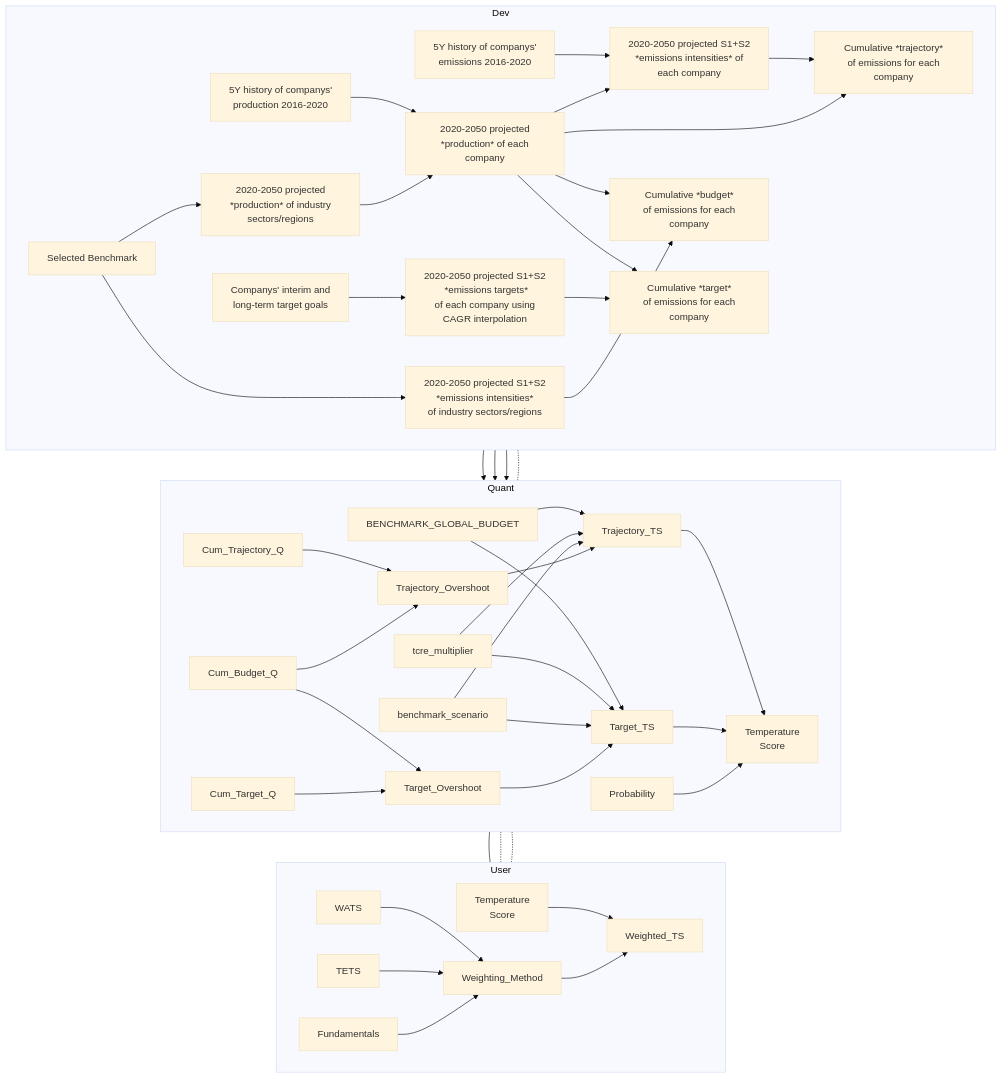
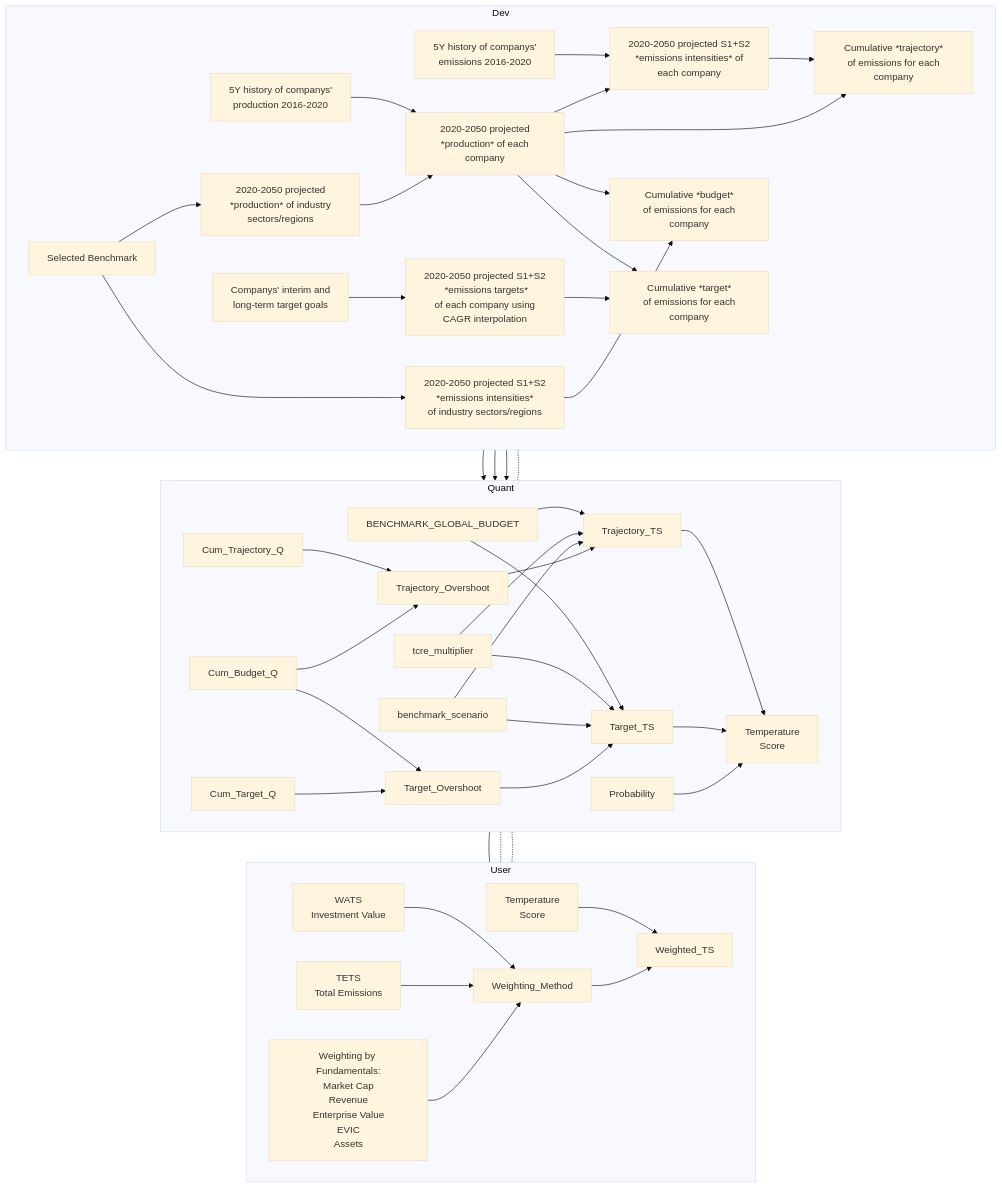
One commit to os-climate/ITR changed the diagram in docs/Calculation.md. Above: the diagram before and after it, drawn with Mermaid (base theme).

Commit message:
Update Calculation.md
Elaborate weighting methods based on company fundamentals.

````diff
--- a/docs/Calculation.md
+++ b/docs/Calculation.md
@@ -1,56 +1,56 @@
 ```mermaid
   flowchart TB
       subgraph Dev
         direction LR
         Em_Hist[5Y history of companys'<br> emissions 2016-2020]-->Trajectory_Proj;
         Pr_Hist[5Y history of companys'<br> production 2016-2020]-->Production_Proj;
         Bm[Selected Benchmark]-->Bm_Pr;
         Bm[Selected Benchmark]-->Bm_Ei;
         Bm_Pr[2020-2050 projected<br> *production* of industry sectors/regions]-->Production_Proj;
         Ei_Target[Companys' interim and <br>long-term target goals]-->Target_Proj;
         Trajectory_Proj[2020-2050 projected S1+S2<br> *emissions intensities* of each company]-->Cum_Trajectory
         Production_Proj[2020-2050 projected<br> *production* of each company]
         Production_Proj-->Trajectory_Proj
         Production_Proj-->Cum_Trajectory
         Production_Proj-->Cum_Budget
         Production_Proj-->Cum_Target
         Bm_Ei[2020-2050 projected S1+S2<br> *emissions intensities*<br> of industry sectors/regions]-->Cum_Budget
         Target_Proj[2020-2050 projected S1+S2<br> *emissions targets*<br> of each company using CAGR interpolation]-->Cum_Target
         Cum_Trajectory[Cumulative *trajectory*<br> of emissions for each company]
         Cum_Budget[Cumulative *budget*<br> of emissions for each company]
         Cum_Target[Cumulative *target*<br> of emissions for each company]
       end
       subgraph Quant
         direction LR
         Cum_Trajectory-->Cum_Trajectory_Q
         Cum_Budget-->Cum_Budget_Q
         Cum_Target-->Cum_Target_Q
         Cum_Trajectory_Q-->Trajectory_Overshoot
         Cum_Budget_Q-->Trajectory_Overshoot
         Cum_Budget_Q-->Target_Overshoot
         Cum_Target_Q-->Target_Overshoot
         BENCHMARK_GLOBAL_BUDGET-->Trajectory_TS
         BENCHMARK_GLOBAL_BUDGET-->Target_TS
         tcre_multiplier-->Trajectory_TS
         tcre_multiplier-->Target_TS
         benchmark_scenario-->Trajectory_TS
         benchmark_scenario-->Target_TS
         Trajectory_Overshoot-->Trajectory_TS
         Target_Overshoot-->Target_TS
         Trajectory_TS-->TS
         Target_TS-->TS
         Probability-->TS[Temperature<br>Score]
       end
       subgraph User
         direction LR
         TS---TS_U
         TS_U[Temperature<br>Score]-->Weighted_TS
         Weighting_Method-->Weighted_TS
-        WATS-->Weighting_Method
-        TETS-->Weighting_Method
-        Fundamentals-->Weighting_Method
+        WATS[WATS<br>Investment Value]-->Weighting_Method
+        TETS[TETS<br>Total Emissions]-->Weighting_Method
+        Fundamentals[Weighting by Fundamentals:<br>Market Cap<br>Revenue<br>Enterprise Value<br>EVIC<br>Assets]-->Weighting_Method
         TS -.- Fundamentals
       end
       Dev-.-Quant
       Quant-.-User
 ```
````
